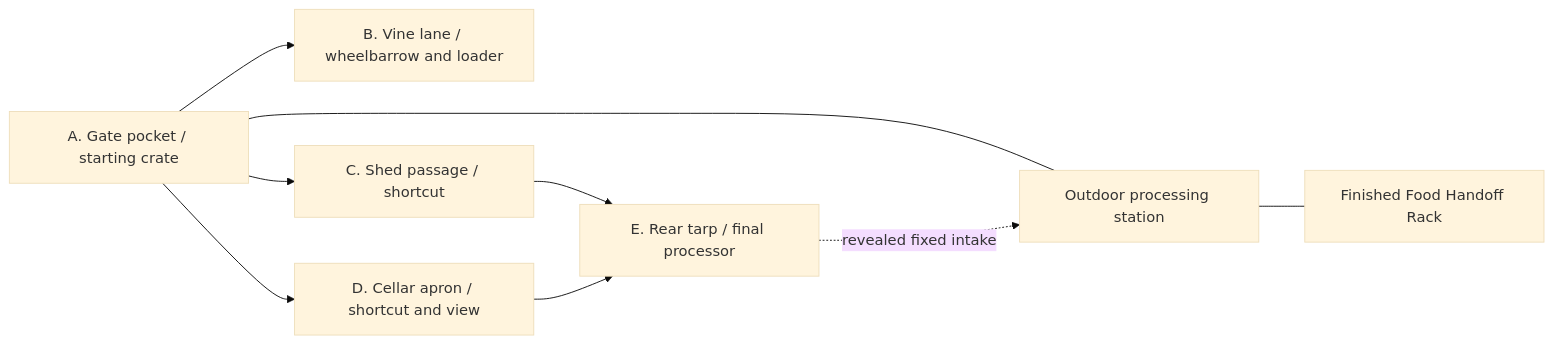
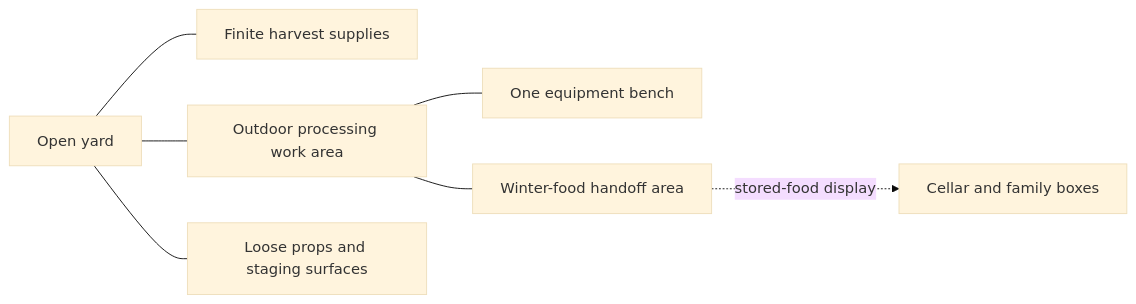
One commit to pavelbelyaev98/game-test changed the diagram in games/just-a-few-peppers/docs/yard-and-progression.md. Above: the diagram before and after it, drawn with Mermaid (base theme). The commit also changed other lines of this file and 70 other files, not shown here.

````diff
--- a/games/just-a-few-peppers/docs/yard-and-progression.md
+++ b/games/just-a-few-peppers/docs/yard-and-progression.md
@@ -9,11 +9,9 @@
 ```mermaid
 flowchart LR
-    A[A. Gate pocket / starting crate] --> B[B. Vine lane / wheelbarrow and loader]
-    A --> C[C. Shed passage / shortcut]
-    A --> D[D. Cellar apron / shortcut and view]
-    C --> E[E. Rear tarp / final processor]
-    D --> E
-    A --- P[Outdoor processing station]
-    P --- R[Finished Food Handoff Rack]
-    E -. revealed fixed intake .-> P
+    Y[Open yard] --- S[Finite harvest supplies]
+    Y --- W[Outdoor processing work area]
+    W --- B[One equipment bench]
+    W --- H[Winter-food handoff area]
+    H -. stored-food display .-> C[Cellar and family boxes]
+    Y --- P[Loose props and staging surfaces]
 ```
````
